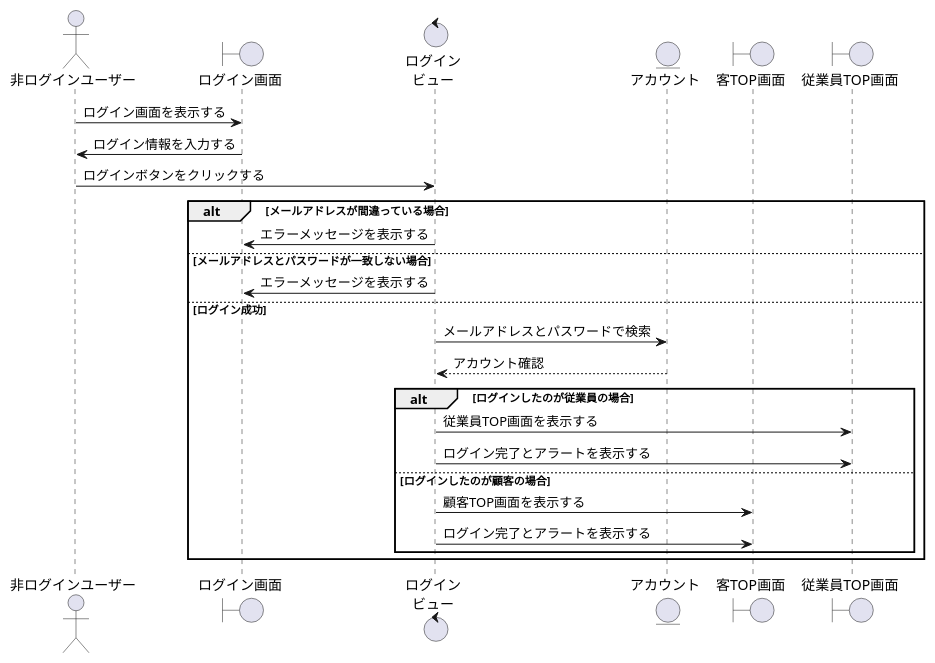
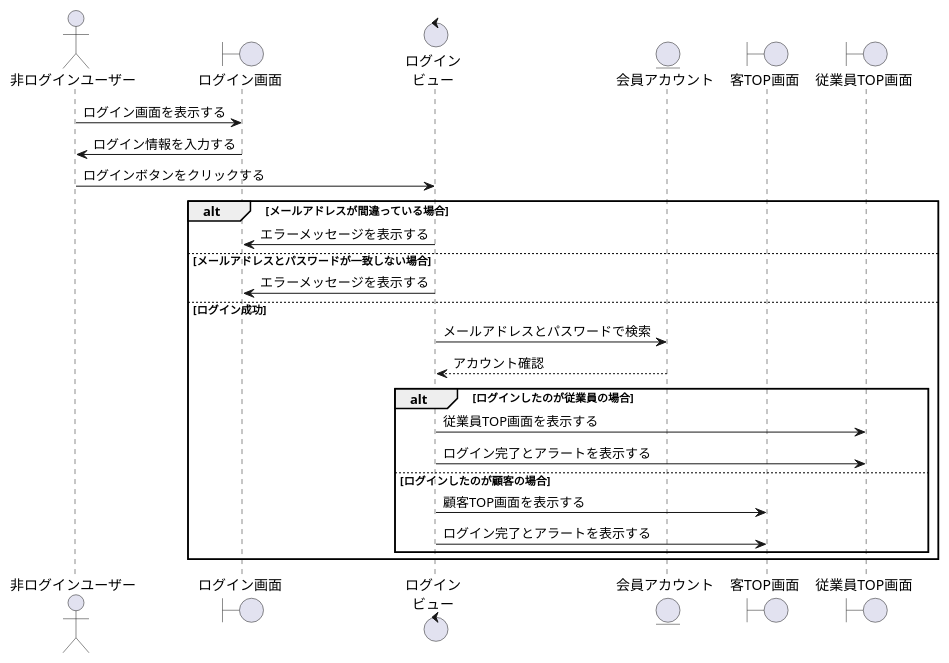
Before and after one commit to ysyk-wtnb16/team_D: the diagram in BBショップ/ログイン.wsd, drawn with PlantUML.

Commit message:
修正

```diff
--- a/BBショップ/ログイン.wsd
+++ b/BBショップ/ログイン.wsd
@@ -1,31 +1,31 @@
 @startuml login
 actor "非ログインユーザー" as nonlogin
 boundary "ログイン画面" as log
 control "ログイン\nビュー" as logv
-entity "アカウント" as account
+entity "会員アカウント" as account
 boundary "客TOP画面" as kyaku_top
 boundary "従業員TOP画面" as juugyouin_top
  
 nonlogin -> log: ログイン画面を表示する
 
 nonlogin <- log: ログイン情報を入力する
 
 nonlogin -> logv: ログインボタンをクリックする
  
 alt メールアドレスが間違っている場合
     logv -> log: エラーメッセージを表示する
 else メールアドレスとパスワードが一致しない場合
     logv -> log: エラーメッセージを表示する
 else ログイン成功
 
     logv -> account: メールアドレスとパスワードで検索
     account --> logv: アカウント確認
     alt ログインしたのが従業員の場合
         logv -> juugyouin_top: 従業員TOP画面を表示する
         logv -> juugyouin_top:ログイン完了とアラートを表示する
     else ログインしたのが顧客の場合
         logv -> kyaku_top: 顧客TOP画面を表示する
         logv -> kyaku_top:ログイン完了とアラートを表示する
     end
 end
 @enduml
```
